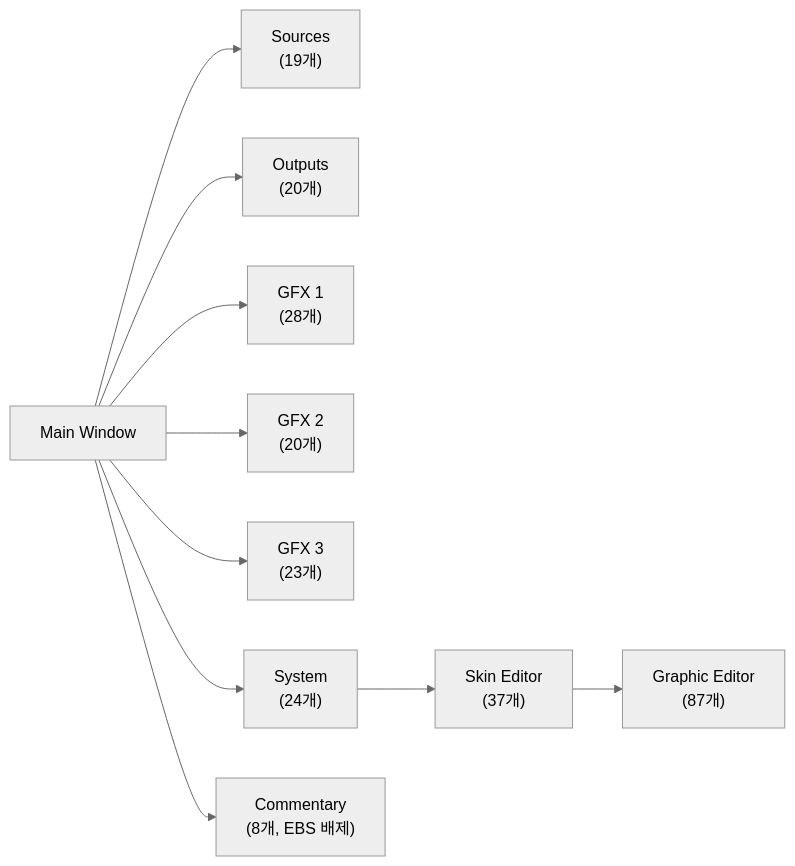
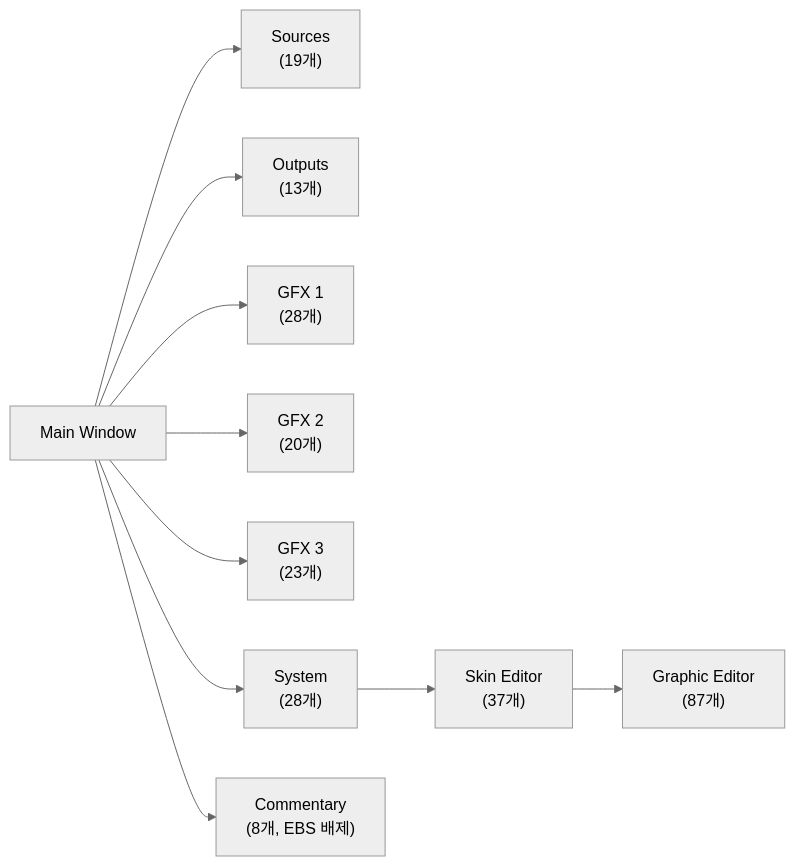
Before and after one commit to garimto81/ebs: the fourth of 5 diagrams in docs/01_PokerGFX_Analysis/PRD-0004-EBS-Server-UI-Design.md, drawn with Mermaid (neutral theme). The commit also changed other lines of this file and 7 other files, not shown here.

````diff
--- a/docs/01_PokerGFX_Analysis/PRD-0004-EBS-Server-UI-Design.md
+++ b/docs/01_PokerGFX_Analysis/PRD-0004-EBS-Server-UI-Design.md
@@ -157,12 +144,12 @@
 ```mermaid
 flowchart LR
     MW["Main Window"] --> SRC["Sources<br/>(19개)"]
-    MW --> OUT["Outputs<br/>(20개)"]
+    MW --> OUT["Outputs<br/>(13개)"]
     MW --> G1["GFX 1<br/>(28개)"]
     MW --> G2["GFX 2<br/>(20개)"]
     MW --> G3["GFX 3<br/>(23개)"]
-    MW --> SYS["System<br/>(24개)"]
+    MW --> SYS["System<br/>(28개)"]
     MW --> CMT["Commentary<br/>(8개, EBS 배제)"]
     SYS --> SE["Skin Editor<br/>(37개)"]
     SE --> GE["Graphic Editor<br/>(87개)"]
 ```
````
